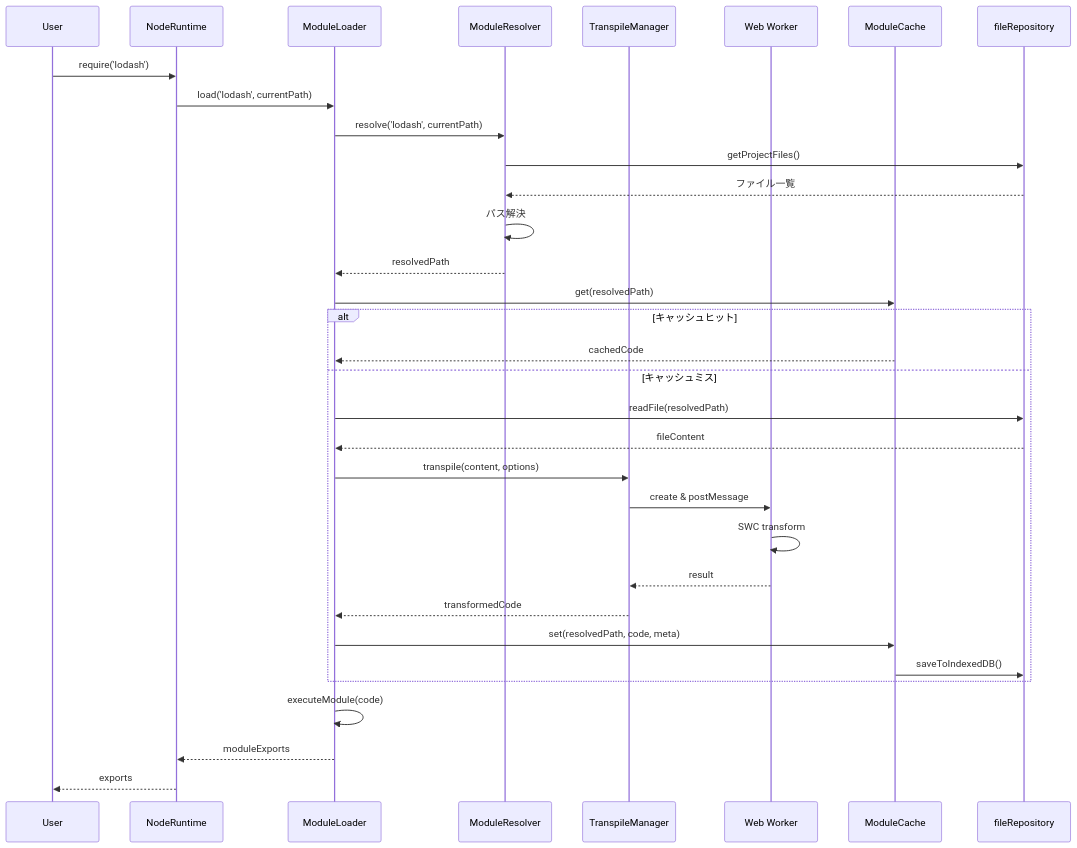
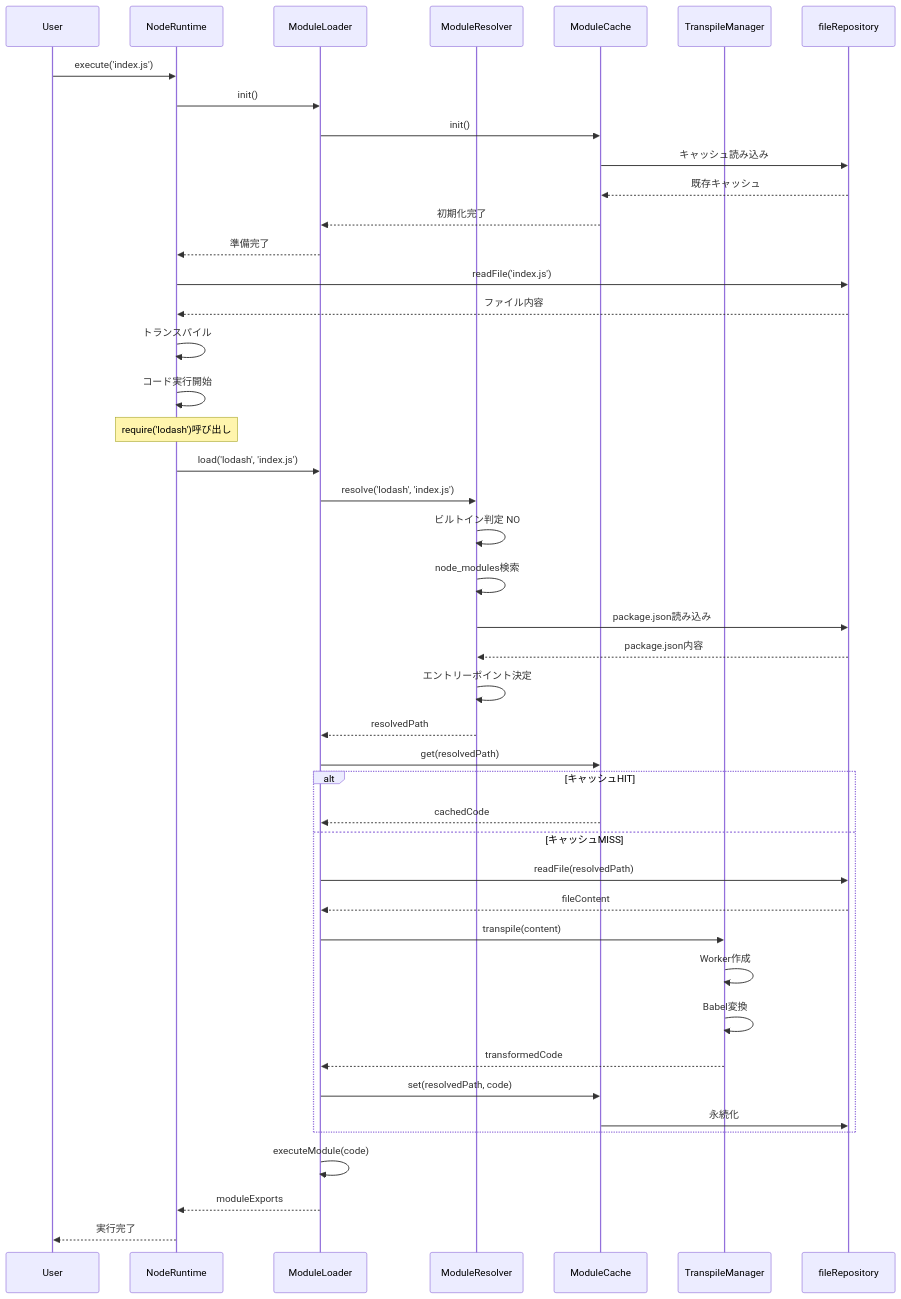
The seventh of 12 diagrams in docs/NODE-RUNTIME.md (Stasshe/Pyxis-CodeCanvas), drawn with Mermaid before and after one commit. The commit also changed other lines of this file and 3 other files, not shown here.

Commit message:
delete: remove the Node.js Runtime README.md file, consolidating documentation and streamlining the codebase

````diff
--- a/docs/NODE-RUNTIME.md
+++ b/docs/NODE-RUNTIME.md
@@ -372,42 +444,57 @@
 ```mermaid
 sequenceDiagram
     participant User
     participant Runtime as NodeRuntime
     participant Loader as ModuleLoader
     participant Resolver as ModuleResolver
+    participant Cache as ModuleCache
     participant Manager as TranspileManager
-    participant Worker as Web Worker
-    participant Cache as ModuleCache
     participant FileRepo as fileRepository
     
-    User->>Runtime: require('lodash')
-    Runtime->>Loader: load('lodash', currentPath)
+    User->>Runtime: execute('index.js')
+    Runtime->>Loader: init()
+    Loader->>Cache: init()
+    Cache->>FileRepo: キャッシュ読み込み
+    FileRepo-->>Cache: 既存キャッシュ
+    Cache-->>Loader: 初期化完了
+    Loader-->>Runtime: 準備完了
     
-    Loader->>Resolver: resolve('lodash', currentPath)
-    Resolver->>FileRepo: getProjectFiles()
-    FileRepo-->>Resolver: ファイル一覧
-    Resolver->>Resolver: パス解決
+    Runtime->>FileRepo: readFile('index.js')
+    FileRepo-->>Runtime: ファイル内容
+    
+    Runtime->>Runtime: トランスパイル
+    Runtime->>Runtime: コード実行開始
+    
+    Note over Runtime: require('lodash')呼び出し
+    
+    Runtime->>Loader: load('lodash', 'index.js')
+    Loader->>Resolver: resolve('lodash', 'index.js')
+    
+    Resolver->>Resolver: ビルトイン判定 NO
+    Resolver->>Resolver: node_modules検索
+    Resolver->>FileRepo: package.json読み込み
+    FileRepo-->>Resolver: package.json内容
+    Resolver->>Resolver: エントリーポイント決定
     Resolver-->>Loader: resolvedPath
     
     Loader->>Cache: get(resolvedPath)
     
-    alt キャッシュヒット
+    alt キャッシュHIT
         Cache-->>Loader: cachedCode
-    else キャッシュミス
+    else キャッシュMISS
         Loader->>FileRepo: readFile(resolvedPath)
         FileRepo-->>Loader: fileContent
         
-        Loader->>Manager: transpile(content, options)
-        Manager->>Worker: create & postMessage
-        Worker->>Worker: SWC transform
-        Worker-->>Manager: result
+        Loader->>Manager: transpile(content)
+        Manager->>Manager: Worker作成
+        Manager->>Manager: Babel変換
         Manager-->>Loader: transformedCode
         
-        Loader->>Cache: set(resolvedPath, code, meta)
-        Cache->>FileRepo: saveToIndexedDB()
+        Loader->>Cache: set(resolvedPath, code)
+        Cache->>FileRepo: 永続化
     end
     
     Loader->>Loader: executeModule(code)
     Loader-->>Runtime: moduleExports
-    Runtime-->>User: exports
+    Runtime-->>User: 実行完了
 ```
````
